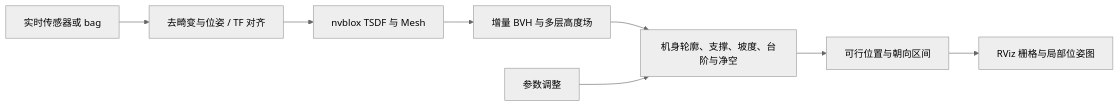
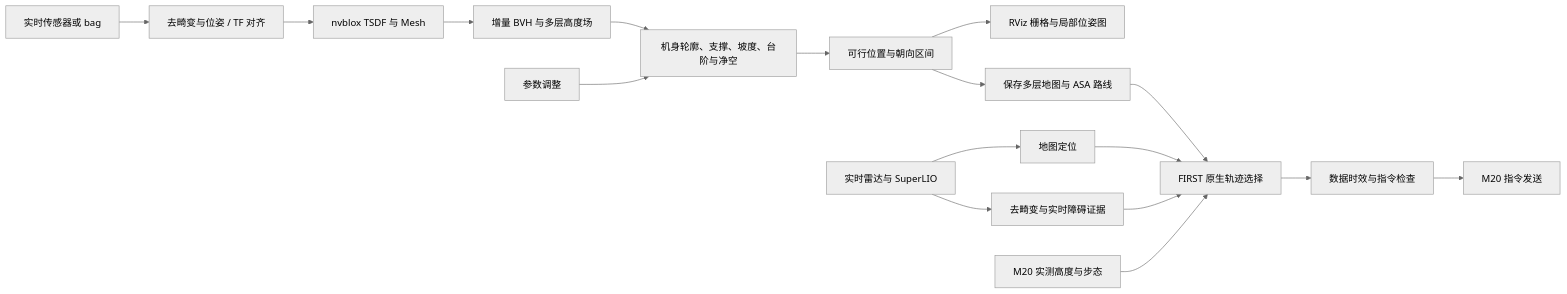
One commit to CUDDLIU/se2-nvblox-traversability changed the diagram in README.zh-CN.md. Above: the diagram before and after it, drawn with Mermaid (neutral theme). The commit also changed other lines of this file and 89 other files, not shown here.

````diff
--- a/README.zh-CN.md
+++ b/README.zh-CN.md
@@ -91,10 +136,19 @@
 ```mermaid
 flowchart LR
     S[实时传感器或 bag] --> D[去畸变与位姿 / TF 对齐]
     D --> N[nvblox TSDF 与 Mesh]
     N --> B[增量 BVH 与多层高度场]
     B --> C[机身轮廓、支撑、坡度、台阶与净空]
     C --> P[可行位置与朝向区间]
     P --> R[RViz 栅格与局部位姿图]
     T[参数调整] --> C
+    P --> G[保存多层地图与 ASA 路线]
+    L[实时雷达与 SuperLIO] --> A[地图定位]
+    A --> F[FIRST 原生轨迹选择]
+    G --> F
+    L --> O[去畸变与实时障碍证据]
+    O --> F
+    M[M20 实测高度与步态] --> F
+    F --> V[数据时效与指令检查]
+    V --> U[M20 指令发送]
 ```
````
